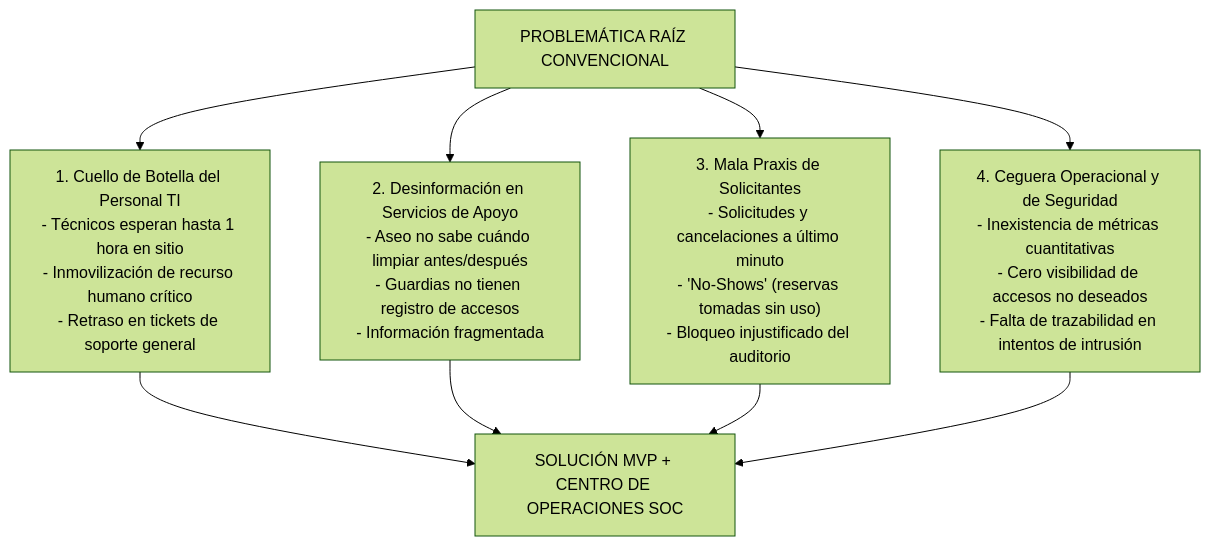
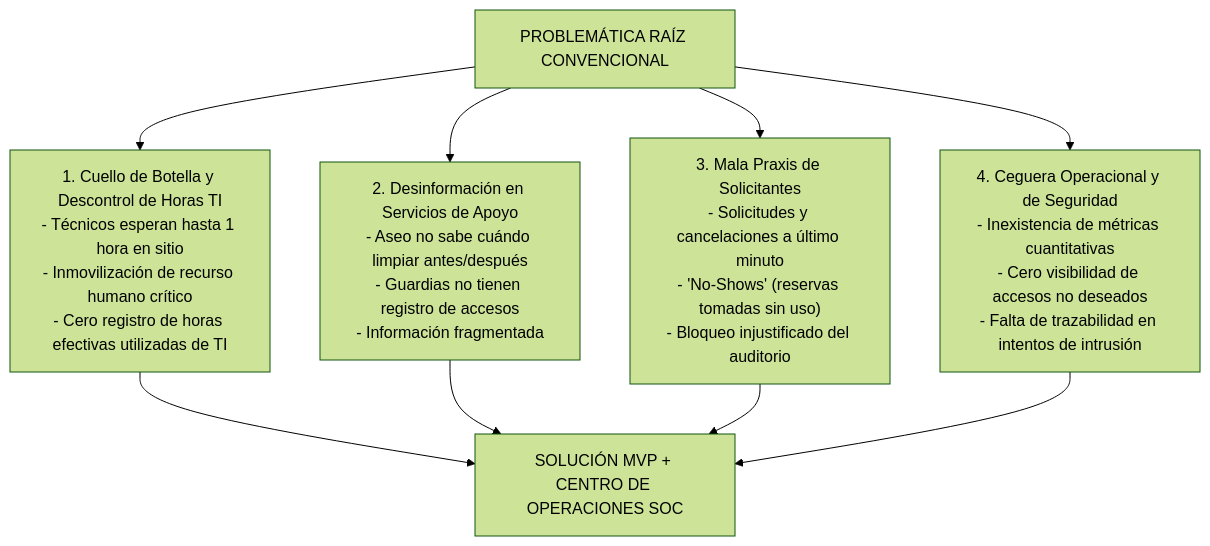
Before and after one commit to IMANDOI/sistema-gestion-auditorios-capstone: the third of 12 diagrams in informe_fase_1_definicion_proyecto.md, drawn with Mermaid (forest theme). The commit also changed other lines of this file, not shown here.

Commit message:
docs(fase1): precision metrica de horas hombre utilizadas de TI (informe_fase_1_definicion_proyecto.md)

````diff
--- a/informe_fase_1_definicion_proyecto.md
+++ b/informe_fase_1_definicion_proyecto.md
@@ -127,14 +127,14 @@
 ```mermaid
 graph TD
     P[PROBLEMÁTICA RAÍZ CONVENCIONAL]
     
-    P --> P1["1. Cuello de Botella del Personal TI<br>- Técnicos esperan hasta 1 hora en sitio<br>- Inmovilización de recurso humano crítico<br>- Retraso en tickets de soporte general"]
+    P --> P1["1. Cuello de Botella y Descontrol de Horas TI<br>- Técnicos esperan hasta 1 hora en sitio<br>- Inmovilización de recurso humano crítico<br>- Cero registro de horas efectivas utilizadas de TI"]
     P --> P2["2. Desinformación en Servicios de Apoyo<br>- Aseo no sabe cuándo limpiar antes/después<br>- Guardias no tienen registro de accesos<br>- Información fragmentada"]
     P --> P3["3. Mala Praxis de Solicitantes<br>- Solicitudes y cancelaciones a último minuto<br>- 'No-Shows' (reservas tomadas sin uso)<br>- Bloqueo injustificado del auditorio"]
     P --> P4["4. Ceguera Operacional y de Seguridad<br>- Inexistencia de métricas cuantitativas<br>- Cero visibilidad de accesos no deseados<br>- Falta de trazabilidad en intentos de intrusión"]
 
     P1 --> S["SOLUCIÓN MVP + CENTRO DE OPERACIONES SOC"]
     P2 --> S
     P3 --> S
     P4 --> S
 ```
````
